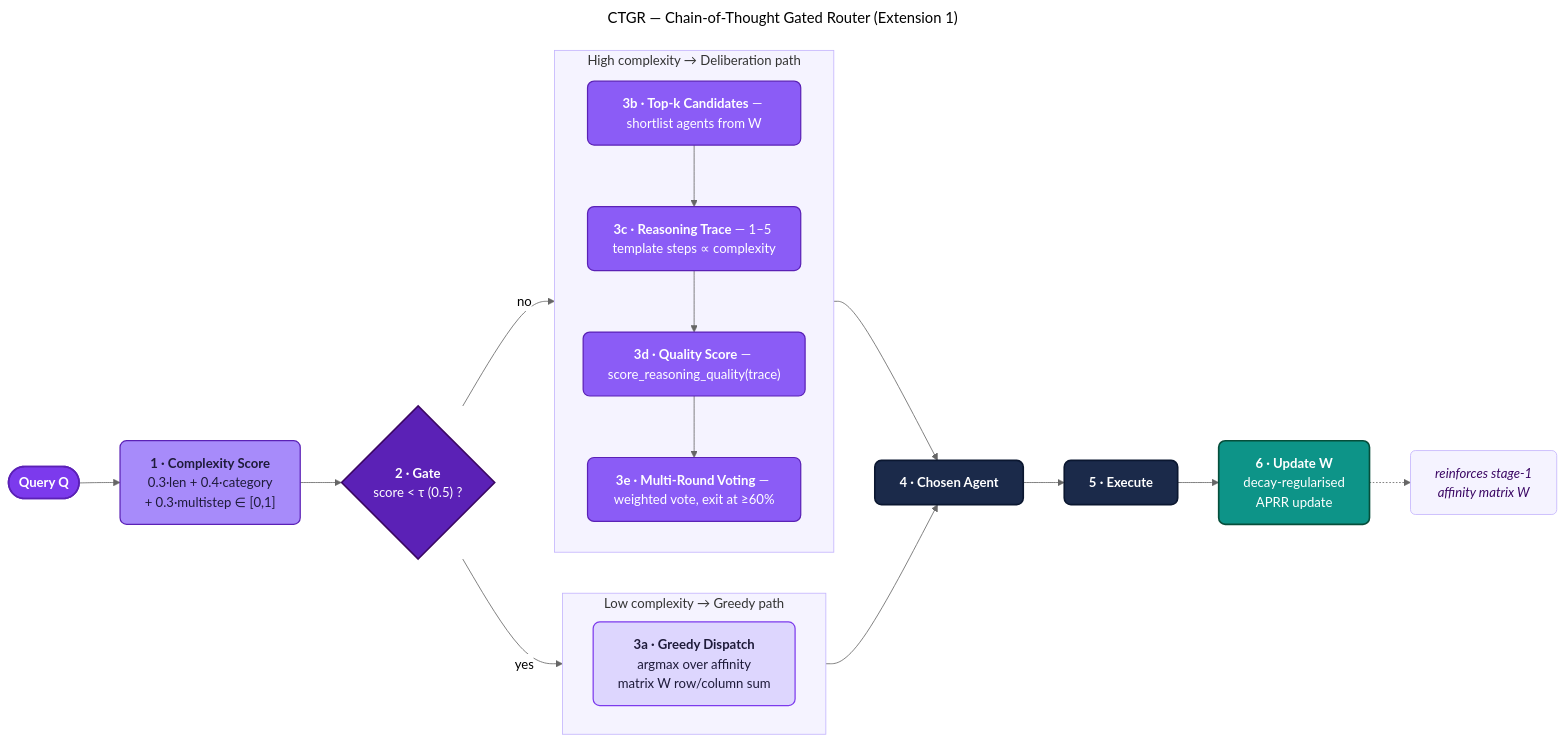
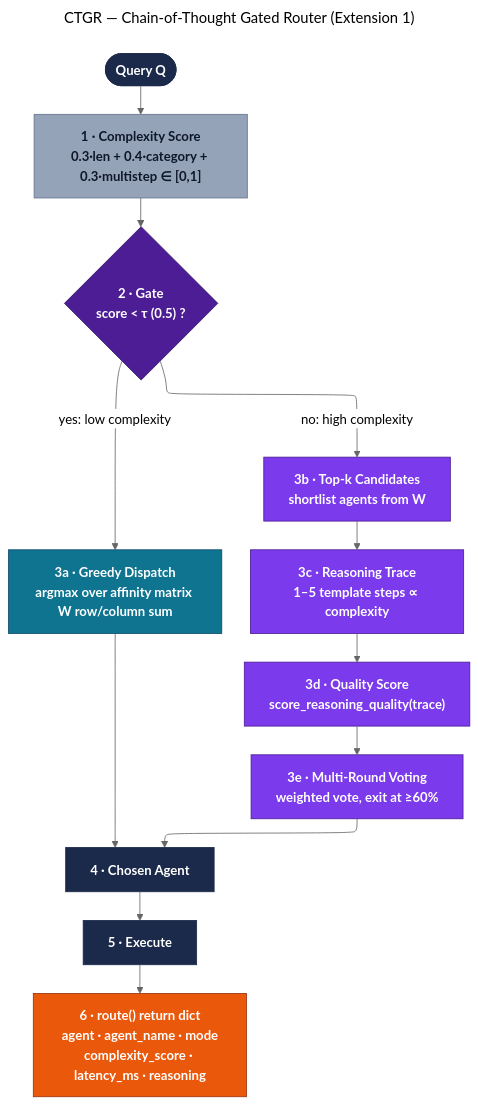
Before and after one commit to joyjeni/aprr-multi-agent-routing: the third of 4 diagrams in README.md, drawn with Mermaid (neutral theme). The commit also changed other lines of this file and 8 other files, not shown here.

````diff
--- a/README.md
+++ b/README.md
@@ -138,50 +118,38 @@
 ```mermaid
 ---
 title: CTGR — Chain-of-Thought Gated Router (Extension 1)
+config:
+  layout: elk
 ---
-flowchart LR
-    Q(["<b>Query Q</b>"]):::input
-    CPX["<b>1 &middot; Complexity Score</b><br/>0.3&middot;len + 0.4&middot;category<br/>+ 0.3&middot;multistep &isin; [0,1]"]:::core
-    GATE{"<b>2 &middot; Gate</b><br/>score &lt; &tau; (0.5) ?"}:::gate
+flowchart TD
+    Q(["Query Q"]):::input
+    C1["1 · Complexity Score<br/>0.3&middot;len + 0.4&middot;category + 0.3&middot;multistep &isin; [0,1]"]:::cut
+    GATE{"2 · Gate<br/>score &lt; &tau; (0.5) ?"}:::gate
 
-    Q --> CPX --> GATE
+    G1["3a · Greedy Dispatch<br/>argmax over affinity matrix W row/column sum"]:::greedy
 
-    subgraph GREEDY["Low complexity &rarr; Greedy path"]
-        direction LR
-        G1["<b>3a &middot; Greedy Dispatch</b><br/>argmax over affinity<br/>matrix W row/column sum"]:::light
-    end
+    D1["3b · Top-k Candidates<br/>shortlist agents from W"]:::delib
+    D2["3c · Reasoning Trace<br/>1&ndash;5 template steps &prop; complexity"]:::delib
+    D3["3d · Quality Score<br/>score_reasoning_quality(trace)"]:::delib
+    D4["3e · Multi-Round Voting<br/>weighted vote, exit at &ge;60%"]:::delib
 
-    subgraph DELIB["High complexity &rarr; Deliberation path"]
-        direction TB
-        D1["<b>3b &middot; Top-k Candidates</b> &mdash; shortlist agents from W"]:::deep
-        D2["<b>3c &middot; Reasoning Trace</b> &mdash; 1&ndash;5 template steps &prop; complexity"]:::deep
-        D3["<b>3d &middot; Quality Score</b> &mdash; score_reasoning_quality(trace)"]:::deep
-        D4["<b>3e &middot; Multi-Round Voting</b> &mdash; weighted vote, exit at &ge;60%"]:::deep
-        D1 --> D2 --> D3 --> D4
-    end
+    AGENT["4 · Chosen Agent"]:::exec
+    EXEC["5 · Execute"]:::exec
+    RET["6 · route() return dict<br/>agent &middot; agent_name &middot; mode<br/>complexity_score &middot; latency_ms &middot; reasoning"]:::audit
 
-    GATE -->|"yes"| G1
-    GATE -->|"no"| D1
+    Q --> C1 --> GATE
+    GATE -->|"yes: low complexity"| G1
+    GATE -->|"no: high complexity"| D1
+    D1 --> D2 --> D3 --> D4
+    G1 --> AGENT
+    D4 --> AGENT
+    AGENT --> EXEC --> RET
 
-    SEL["<b>4 &middot; Chosen Agent</b>"]:::select
-    G1 --> SEL
-    D4 --> SEL
-
-    EXEC["<b>5 &middot; Execute</b>"]:::exec
-    UPD["<b>6 &middot; Update W</b><br/>decay-regularised<br/>APRR update"]:::update
-    SEL --> EXEC --> UPD
-    NOTE["<i>reinforces stage-1<br/>affinity matrix W</i>"]:::note
-    UPD -.-> NOTE
-
-    classDef input fill:#7C3AED,color:#ffffff,stroke:#5B21B6,stroke-width:2px,rx:8,ry:8
-    classDef core fill:#A78BFA,color:#1E1B3A,stroke:#5B21B6,stroke-width:1.5px,rx:8,ry:8
-    classDef gate fill:#5B21B6,color:#ffffff,stroke:#3B0764,stroke-width:2px
-    classDef light fill:#DDD6FE,color:#1E1B3A,stroke:#7C3AED,stroke-width:1.5px,rx:8,ry:8
-    classDef deep fill:#8B5CF6,color:#ffffff,stroke:#5B21B6,stroke-width:1.5px,rx:8,ry:8
-    classDef select fill:#1B2A4A,color:#ffffff,stroke:#0B1730,stroke-width:2px,rx:8,ry:8
-    classDef exec fill:#1B2A4A,color:#ffffff,stroke:#0B1730,stroke-width:2px,rx:8,ry:8
-    classDef update fill:#0D9488,color:#ffffff,stroke:#064E3B,stroke-width:2px,rx:8,ry:8
-    classDef note fill:#F5F3FF,color:#3B0764,stroke:#C4B5FD,stroke-width:1px,rx:6,ry:6
-    style GREEDY fill:#F5F3FF,stroke:#C4B5FD,stroke-width:1px
-    style DELIB fill:#F5F3FF,stroke:#C4B5FD,stroke-width:1px
+    classDef input fill:#1B2A4A,stroke:#1B2A4A,color:#ffffff,font-weight:bold
+    classDef cut fill:#94A3B8,stroke:#64748B,color:#0f172a,font-weight:bold
+    classDef gate fill:#4C1D95,stroke:#2E1065,color:#ffffff,font-weight:bold
+    classDef greedy fill:#0E7490,stroke:#0C4A6E,color:#ffffff,font-weight:bold
+    classDef delib fill:#7C3AED,stroke:#4C1D95,color:#ffffff,font-weight:bold
+    classDef exec fill:#1B2A4A,stroke:#1B2A4A,color:#ffffff,font-weight:bold
+    classDef audit fill:#EA580C,stroke:#9A3412,color:#ffffff,font-weight:bold
 ```
````
